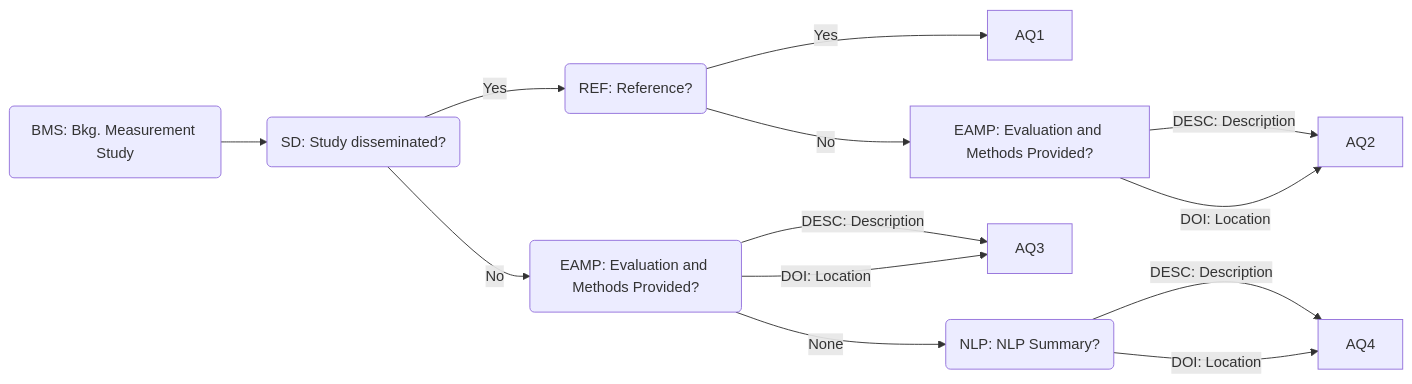
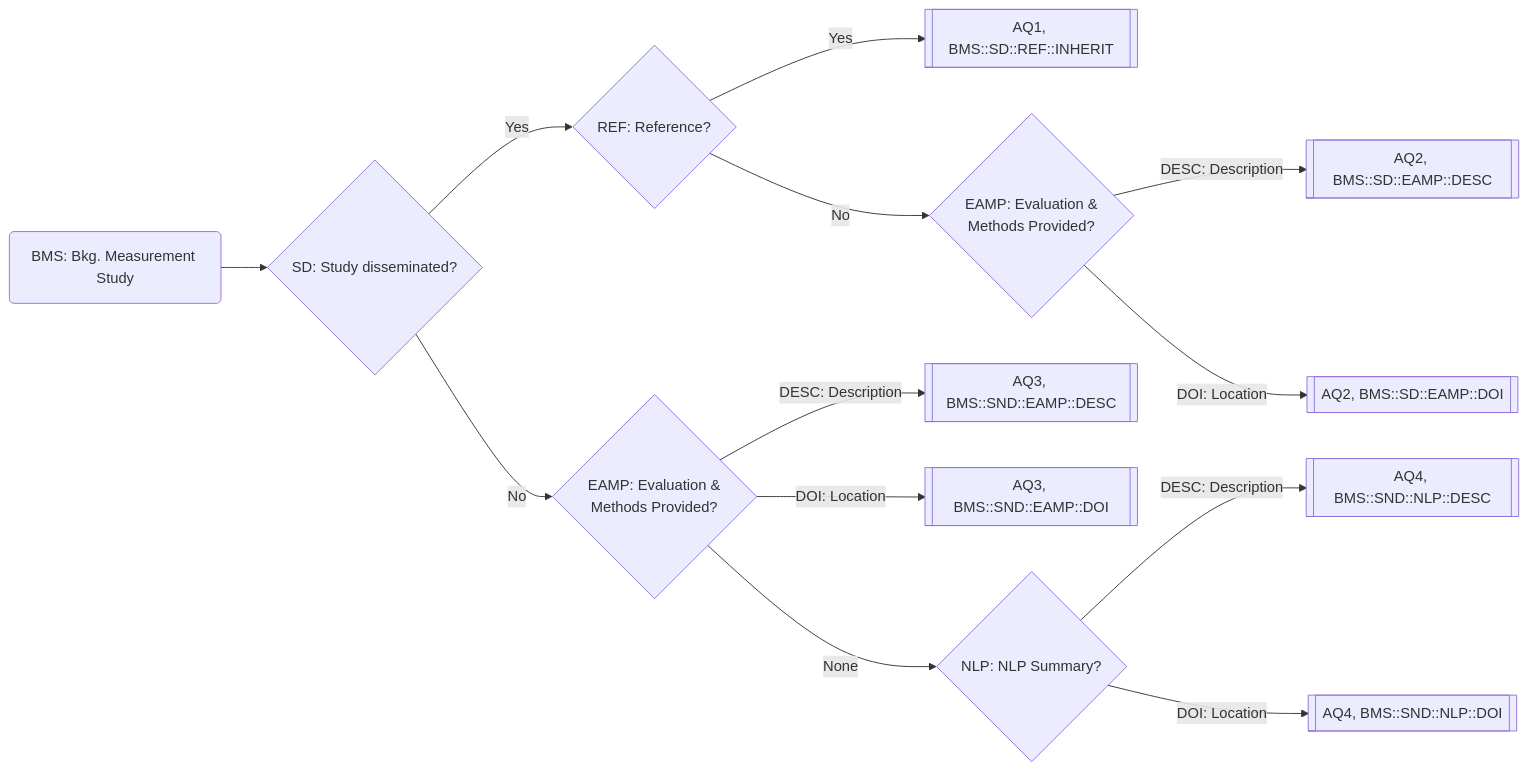
The diagram in README.md (jacobmpeters/NLPReportingMethodologyApp), drawn with Mermaid before and after one commit.

````diff
--- a/README.md
+++ b/README.md
@@ -17,16 +17,15 @@
 ```mermaid
 flowchart LR
     BMS(BMS: Bkg. Measurement Study) --> SD
-
-    SD(SD: Study disseminated?) -- Yes --> REF(REF: Reference?);
-    REF -- Yes --> AQ1
-    REF -- No --> EM[EAMP: Evaluation and Methods Provided?] 
-    EM -- DESC: Description --> AQ2
-    EM -- DOI: Location --> AQ2
-    SD -- No --> EM2(EAMP: Evaluation and Methods Provided?) 
-    EM2 -- DESC: Description --> AQ3
-    EM2 -- DOI: Location --> AQ3
-    EM2 -- None --> NLPS(NLP: NLP Summary?)
-    NLPS -- DESC: Description --> AQ4
-    NLPS -- DOI: Location --> AQ4
+    SD{SD: Study disseminated?} -- Yes --> REF{REF: Reference?};
+    REF -- Yes --> AQ1[[AQ1, BMS::SD::REF::INHERIT]]
+    REF -- No --> EM{EAMP: Evaluation &\n Methods Provided?}
+    EM -- DESC: Description --> AQ2_A[[AQ2, BMS::SD::EAMP::DESC]]
+    EM -- DOI: Location --> AQ2_B[[AQ2, BMS::SD::EAMP::DOI]]
+    SD -- No --> EM2{EAMP: Evaluation &\n Methods Provided?}
+    EM2 -- DESC: Description --> AQ3_A[[AQ3, BMS::SND::EAMP::DESC]]
+    EM2 -- DOI: Location --> AQ3_B[[AQ3, BMS::SND::EAMP::DOI]]
+    EM2 -- None --> NLPS{NLP: NLP Summary?}
+    NLPS -- DESC: Description --> AQ4_A[[AQ4, BMS::SND::NLP::DESC]]
+    NLPS -- DOI: Location --> AQ4[[AQ4, BMS::SND::NLP::DOI]]
 ```
````
